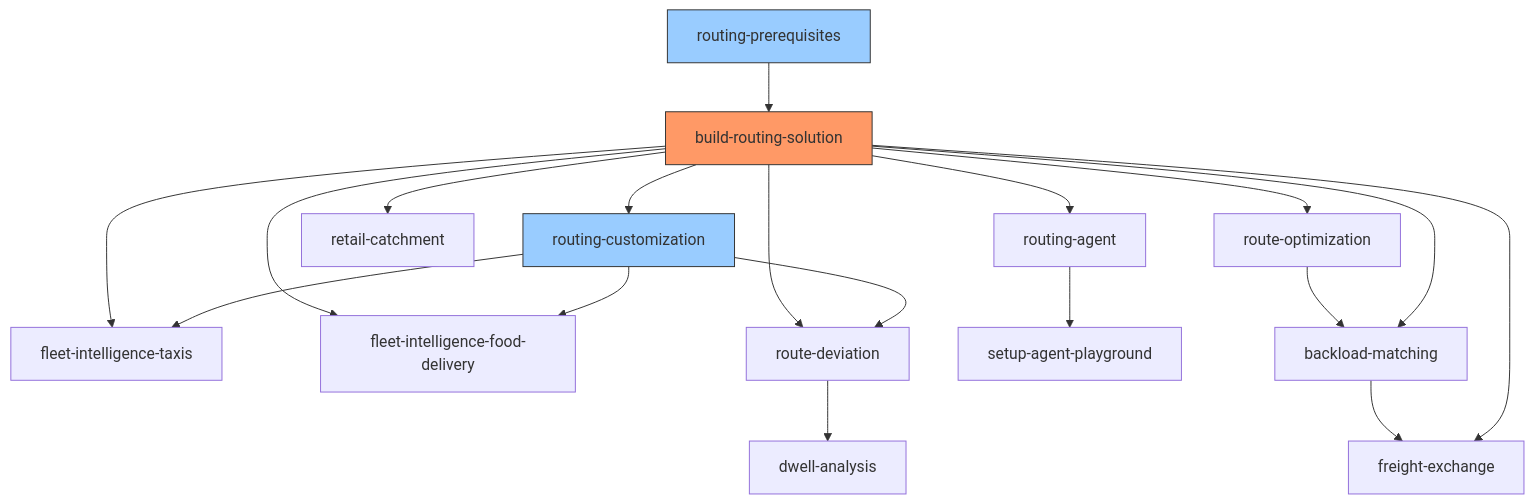
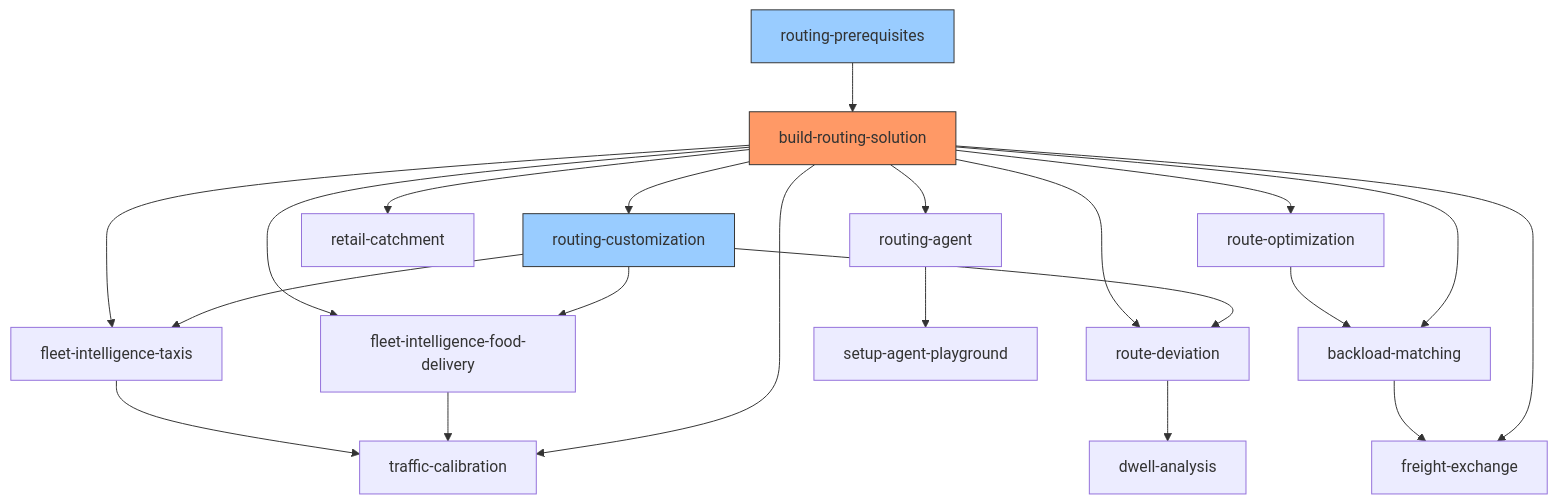
Before and after one commit to Snowflake-Labs/sfguide-create-a-route-optimisation-and-vehicle-route-plan-simulator: the diagram in AGENTS.md, drawn with Mermaid. The commit also changed other lines of this file and 4 other files, not shown here.

First line of the commit message:
feat(traffic-calibration): scaffold #64 calibration skill

````diff
--- a/AGENTS.md
+++ b/AGENTS.md
@@ -271,24 +272,27 @@
 ```mermaid
 graph TD
     RP[routing-prerequisites] --> BRS[build-routing-solution]
     BRS --> RC[routing-customization]
     BRS --> RO[route-optimization]
     BRS --> FIT[fleet-intelligence-taxis]
     BRS --> FIFD[fleet-intelligence-food-delivery]
     BRS --> RET[retail-catchment]
     BRS --> RD[route-deviation]
     BRS --> RA[routing-agent]
     RA --> SAP[setup-agent-playground]
     RO --> BM[backload-matching]
     BRS --> BM
     BM --> FX[freight-exchange]
     BRS --> FX
     RC --> FIT
     RC --> FIFD
     RC --> RD
-    RD --> DA[dwell-analysis]
+ RD --> DA[dwell-analysis]
+ FIT --> TC[traffic-calibration]
+ FIFD --> TC
+ BRS --> TC
 
-    style BRS fill:#f96,stroke:#333
-    style RP fill:#9cf,stroke:#333
-    style RC fill:#9cf,stroke:#333
+ style BRS fill:#f96,stroke:#333
+ style RP fill:#9cf,stroke:#333
+ style RC fill:#9cf,stroke:#333
 ```
````
